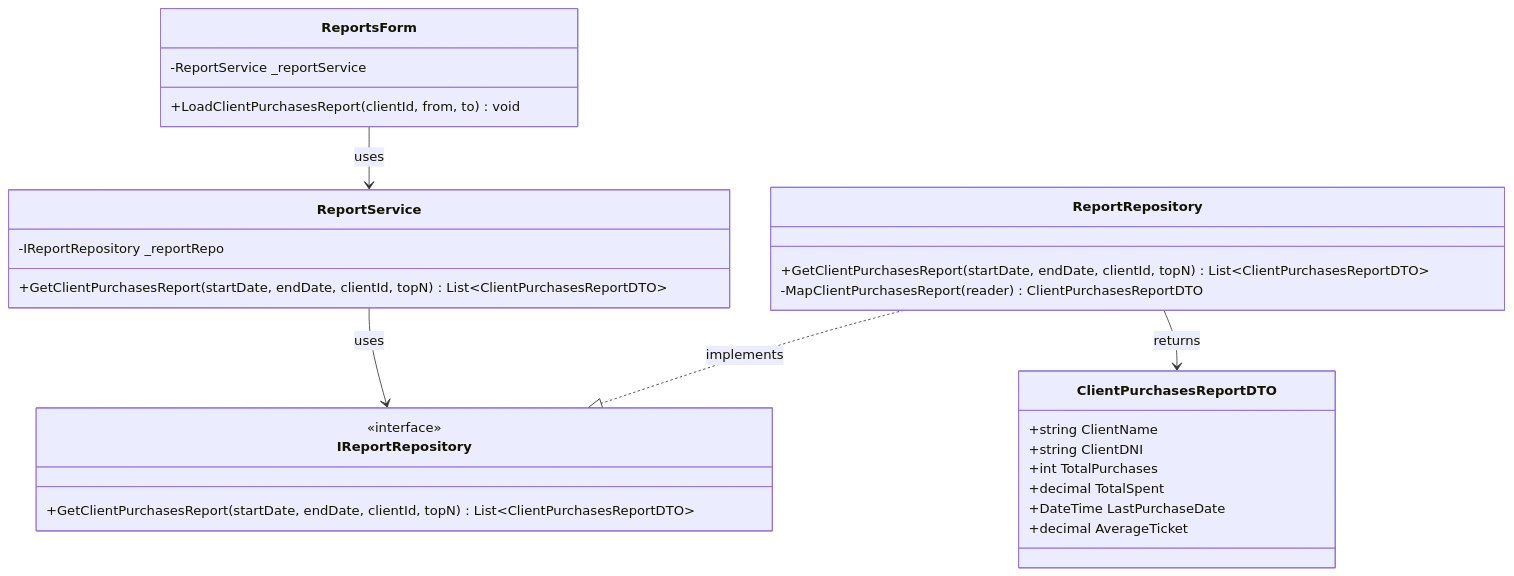
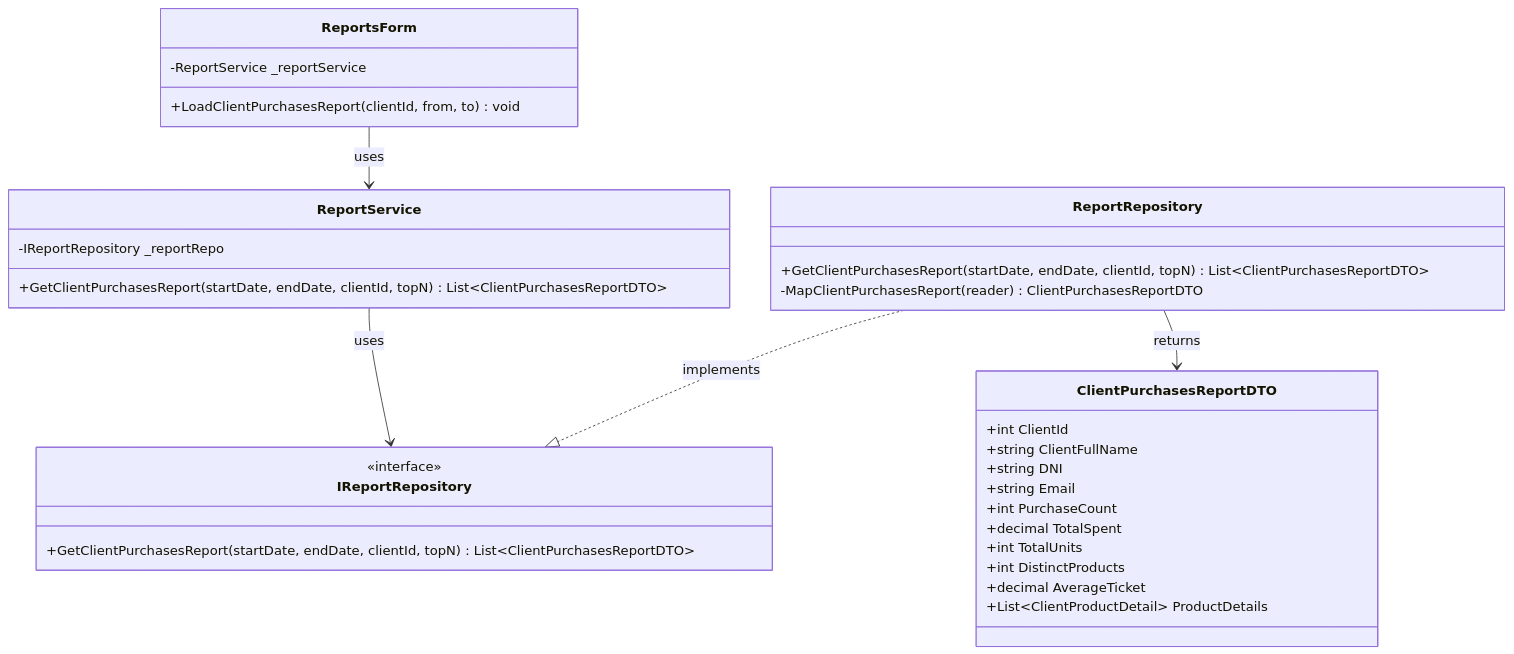
One commit to nahuk86/tp_diploma_nk_2026 changed the third of 7 diagrams in Documentation/UML_Diagrams/09_Reports_Management_Process_Class_Diagram.md. Above: the diagram before and after it, drawn with Mermaid. The commit also changed other lines of this file and 4 other files, not shown here.

Commit message:
Update UML diagrams 08-12 to reflect actual implementation

````diff
--- a/Documentation/UML_Diagrams/09_Reports_Management_Process_Class_Diagram.md
+++ b/Documentation/UML_Diagrams/09_Reports_Management_Process_Class_Diagram.md
@@ -103,36 +102,40 @@
 ```mermaid
 classDiagram
     class ReportsForm {
         -ReportService _reportService
         +LoadClientPurchasesReport(clientId, from, to) void
     }
 
     class ReportService {
         -IReportRepository _reportRepo
         +GetClientPurchasesReport(startDate, endDate, clientId, topN) List~ClientPurchasesReportDTO~
     }
 
     class IReportRepository {
         <<interface>>
         +GetClientPurchasesReport(startDate, endDate, clientId, topN) List~ClientPurchasesReportDTO~
     }
 
     class ReportRepository {
         +GetClientPurchasesReport(startDate, endDate, clientId, topN) List~ClientPurchasesReportDTO~
         -MapClientPurchasesReport(reader) ClientPurchasesReportDTO
     }
 
     class ClientPurchasesReportDTO {
-        +string ClientName
-        +string ClientDNI
-        +int TotalPurchases
+        +int ClientId
+        +string ClientFullName
+        +string DNI
+        +string Email
+        +int PurchaseCount
         +decimal TotalSpent
-        +DateTime LastPurchaseDate
+        +int TotalUnits
+        +int DistinctProducts
         +decimal AverageTicket
+        +List~ClientProductDetail~ ProductDetails
     }
 
     ReportsForm --> ReportService : uses
     ReportService --> IReportRepository : uses
     ReportRepository ..|> IReportRepository : implements
     ReportRepository --> ClientPurchasesReportDTO : returns
 ```
````
